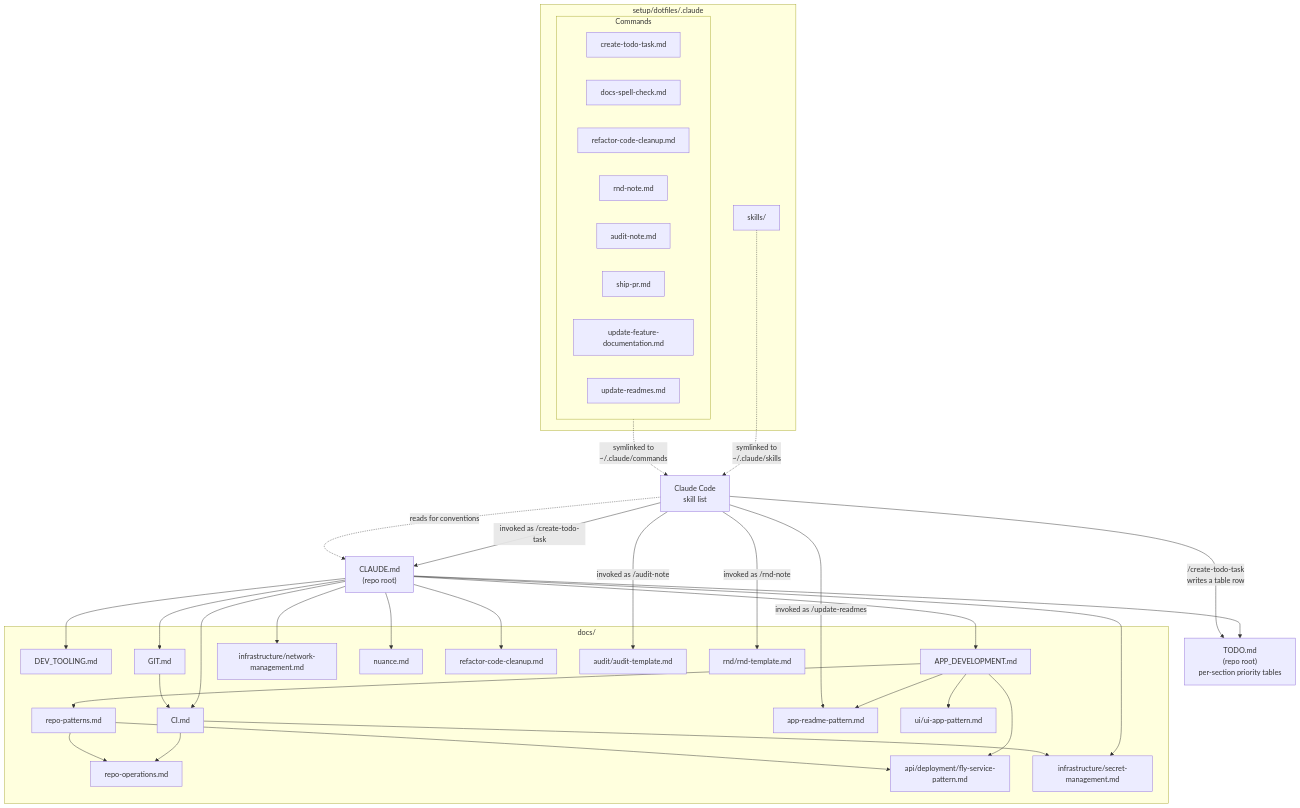
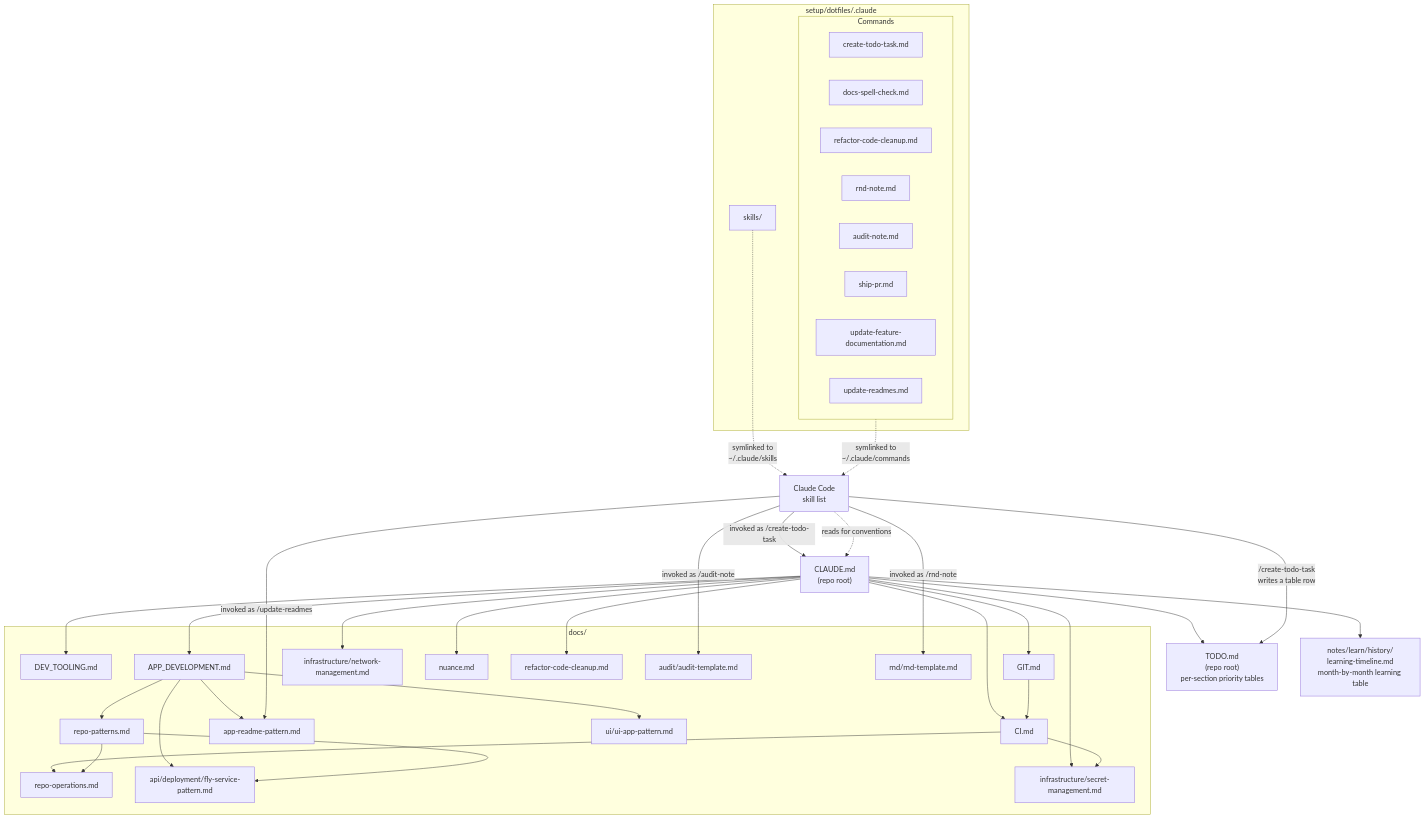
Before and after one commit to iamharryliu/vigilant-broccoli: the diagram in docs/agent-diagram.md, drawn with Mermaid. The commit also changed other lines of this file and 3 other files, not shown here.

First line of the commit message:
docs(notes): Add a month-by-month learning timeline and wire its upkeep into the Doc Map.

````diff
--- a/docs/agent-diagram.md
+++ b/docs/agent-diagram.md
@@ -5,67 +5,69 @@
 ```mermaid
 flowchart TD
     CLAUDE["CLAUDE.md<br/>(repo root)"]
     TODO["TODO.md<br/>(repo root)<br/>per-section priority tables"]
+    TIMELINE["notes/learn/history/<br/>learning-timeline.md<br/>month-by-month learning table"]
 
     subgraph DOCS["docs/"]
         DEV_TOOLING["DEV_TOOLING.md"]
         CI["CI.md"]
         APP_DEV["APP_DEVELOPMENT.md"]
         GIT["GIT.md"]
         NETWORK["infrastructure/network-management.md"]
         NUANCE["nuance.md"]
         REPO_PATTERNS["repo-patterns.md"]
         REPO_OPS["repo-operations.md"]
         APP_README["app-readme-pattern.md"]
         UI_PATTERN["ui/ui-app-pattern.md"]
         FLY_PATTERN["api/deployment/fly-service-pattern.md"]
         SECRETS["infrastructure/secret-management.md"]
         REFACTOR["refactor-code-cleanup.md"]
         AUDIT_TPL["audit/audit-template.md"]
         RND_TPL["rnd/rnd-template.md"]
     end
 
     CLAUDE --> DEV_TOOLING
     CLAUDE --> CI
     CLAUDE --> APP_DEV
     CLAUDE --> GIT
     CLAUDE --> NETWORK
     CLAUDE --> SECRETS
     CLAUDE --> NUANCE
     CLAUDE --> REFACTOR
     CLAUDE --> TODO
+    CLAUDE --> TIMELINE
 
     CI --> REPO_OPS
     CI --> SECRETS
     GIT --> CI
     APP_DEV --> REPO_PATTERNS
     APP_DEV --> APP_README
     APP_DEV --> UI_PATTERN
     APP_DEV --> FLY_PATTERN
     REPO_PATTERNS --> FLY_PATTERN
     REPO_PATTERNS --> REPO_OPS
 
     subgraph SKILLS["setup/dotfiles/.claude"]
         subgraph COMMANDS["Commands"]
             CMD_TODO["create-todo-task.md"]
             CMD_SPELLCHECK["docs-spell-check.md"]
             CMD_REFACTOR_CLEANUP["refactor-code-cleanup.md"]
             CMD_RND_NOTE["rnd-note.md"]
             CMD_AUDIT_NOTE["audit-note.md"]
             CMD_SHIP_PR["ship-pr.md"]
             CMD_UPDATE_FEATURE_DOCS["update-feature-documentation.md"]
             CMD_UPDATE_READMES["update-readmes.md"]
         end
         SKILLDIR["skills/"]
     end
 
     COMMANDS -.->|symlinked to<br/>~/.claude/commands| CLAUDECODE["Claude Code<br/>skill list"]
     SKILLDIR -.->|symlinked to<br/>~/.claude/skills| CLAUDECODE
 
     CLAUDECODE -->|invoked as /update-readmes| APP_README
     CLAUDECODE -->|invoked as /create-todo-task| CLAUDE
     CLAUDECODE -->|/create-todo-task<br/>writes a table row| TODO
     CLAUDECODE -->|invoked as /audit-note| AUDIT_TPL
     CLAUDECODE -->|invoked as /rnd-note| RND_TPL
     CLAUDECODE -.->|reads for conventions| CLAUDE
 ```
````
